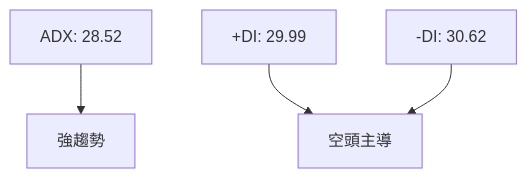
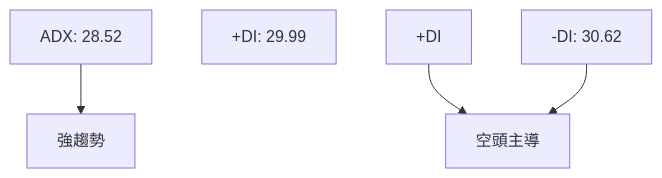
One commit to yennanliu/finance_data changed the third of 9 diagrams in ai_gen_report/stock/vt/technical_analysis_2026-04-11_openai.md. Above: the diagram before and after it, drawn with Mermaid. The commit also changed other lines of this file and 2258 other files, not shown here.

First line of the commit message:
chore: backfill Mermaid syntax repair across existing reports

````diff
--- a/ai_gen_report/stock/vt/technical_analysis_2026-04-11_openai.md
+++ b/ai_gen_report/stock/vt/technical_analysis_2026-04-11_openai.md
@@ -141,9 +141,9 @@
 ```mermaid
 graph TD
     ADX["ADX: 28.52"]
     +DI["+DI: 29.99"]
     -DI["-DI: 30.62"]
     ADX --> 強趨勢
-    +DI --> 空頭主導
+    nb1["+DI"] --> 空頭主導
     -DI --> 空頭主導
 ```
````
